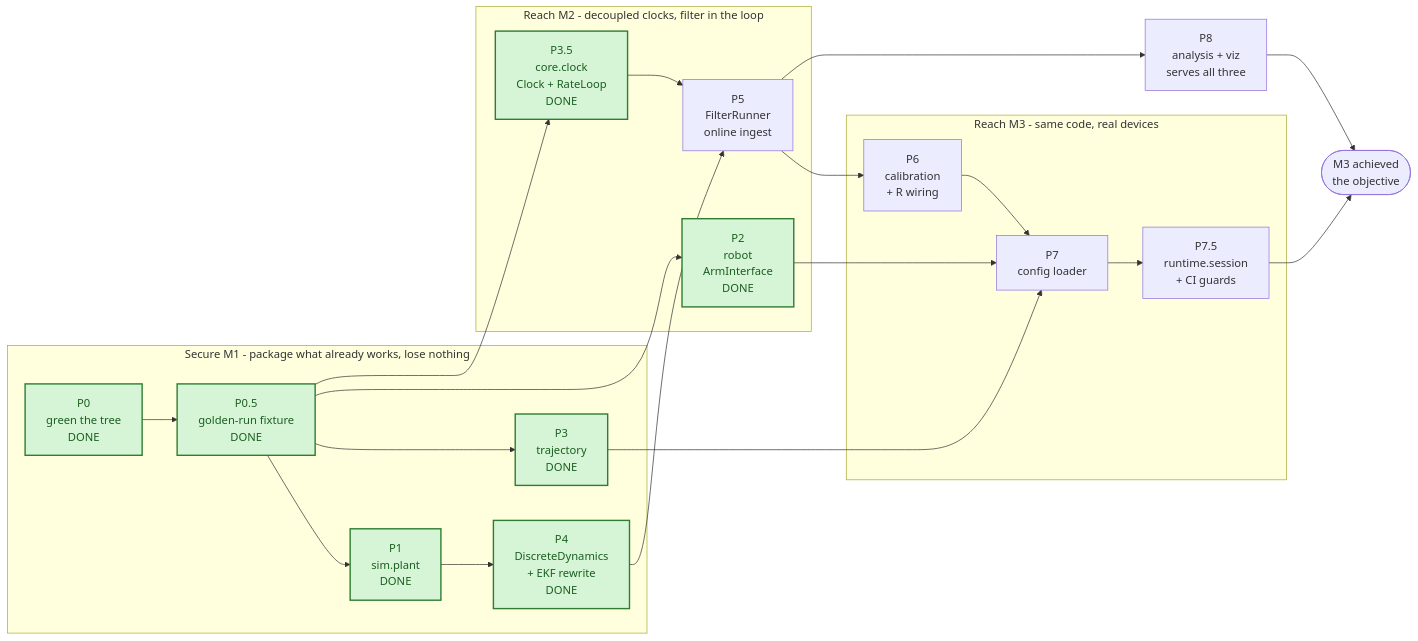
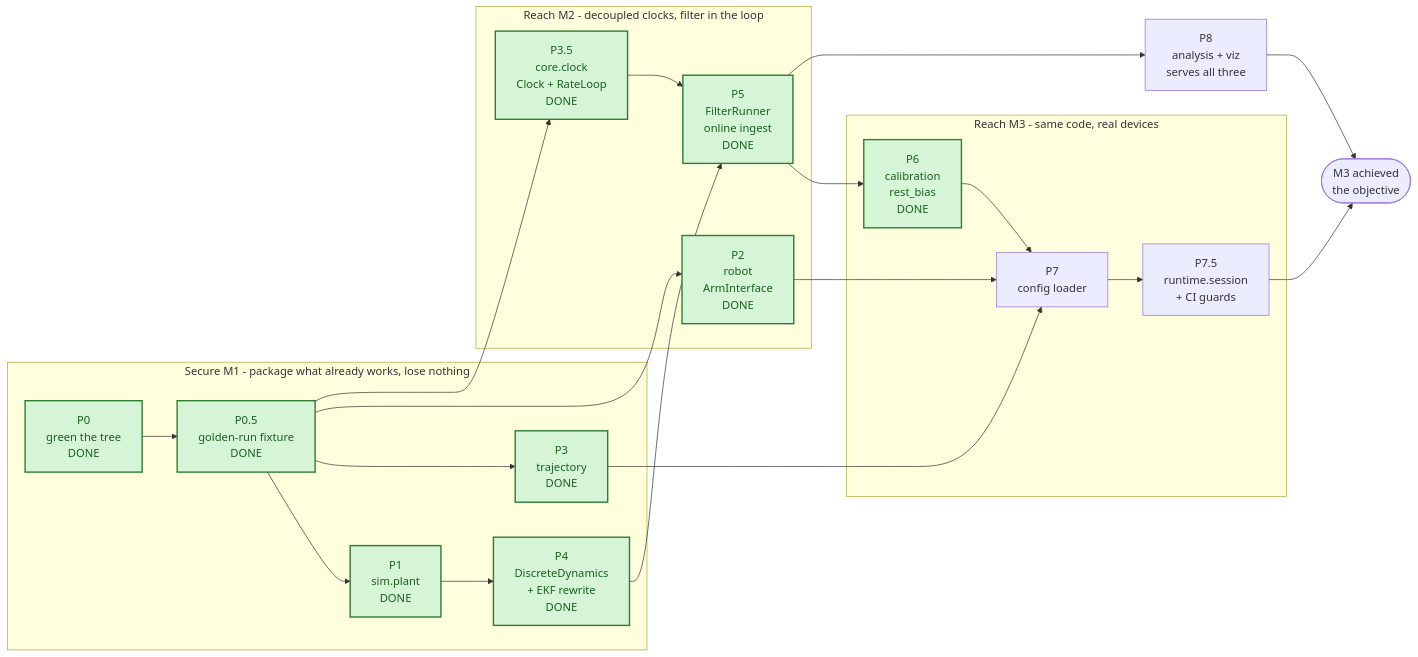
Before and after one commit to andrademarique-cpu/preERP: the sixth of 6 diagrams in docs/adr/0002-notebook-to-package.md, drawn with Mermaid. The commit also changed other lines of this file and 14 other files, not shown here.

````diff
--- a/docs/adr/0002-notebook-to-package.md
+++ b/docs/adr/0002-notebook-to-package.md
@@ -1032,37 +1079,37 @@
 ```mermaid
 flowchart LR
     subgraph G1["Secure M1 - package what already works, lose nothing"]
         P0["P0<br/>green the tree<br/>DONE"] --> P05["P0.5<br/>golden-run fixture<br/>DONE"]
         P05 --> P1["P1<br/>sim.plant<br/>DONE"]
         P05 --> P3["P3<br/>trajectory<br/>DONE"]
         P1 --> P4["P4<br/>DiscreteDynamics<br/>+ EKF rewrite<br/>DONE"]
     end
 
     subgraph G2["Reach M2 - decoupled clocks, filter in the loop"]
         P35["P3.5<br/>core.clock<br/>Clock + RateLoop<br/>DONE"]
         P2["P2<br/>robot<br/>ArmInterface<br/>DONE"]
-        P5["P5<br/>FilterRunner<br/>online ingest"]
+        P5["P5<br/>FilterRunner<br/>online ingest<br/>DONE"]
         P35 --> P5
     end
 
     subgraph G3["Reach M3 - same code, real devices"]
-        P6["P6<br/>calibration<br/>+ R wiring"]
+        P6["P6<br/>calibration<br/>rest_bias<br/>DONE"]
         P7["P7<br/>config loader"]
         P75["P7.5<br/>runtime.session<br/>+ CI guards"]
         P6 --> P7
         P7 --> P75
     end
 
     P05 --> P2
     P05 --> P35
     P4 --> P5
     P5 --> P6
     P2 --> P7
     P3 --> P7
     P5 --> P8["P8<br/>analysis + viz<br/>serves all three"]
     P75 --> OBJ(["M3 achieved<br/>the objective"])
     P8 --> OBJ
 
     classDef done fill:#d6f5d6,stroke:#2e7d32,stroke-width:2px,color:#1b5e20
-    class P0,P05,P1,P2,P3,P35,P4 done
+    class P0,P05,P1,P2,P3,P35,P4,P5,P6 done
 ```
````
